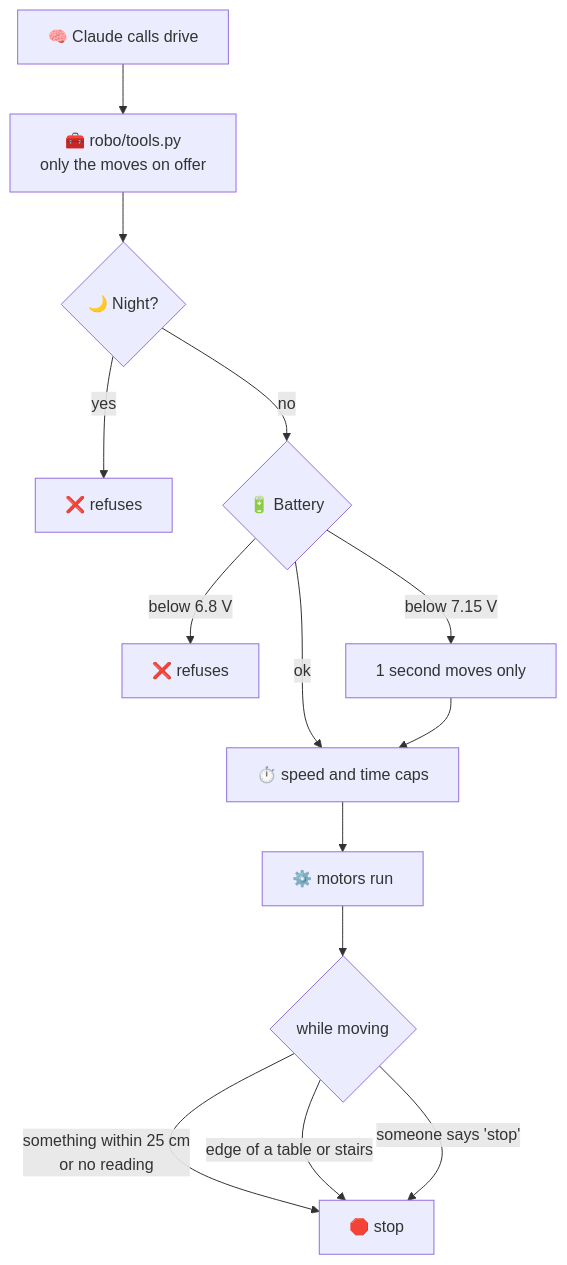
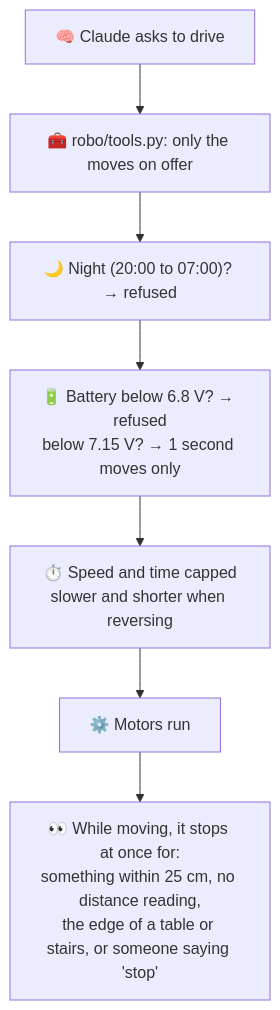
One commit to praneeth-goparaju/r2d2-claude-robot changed the third of 3 diagrams in README.md. Above: the diagram before and after it, drawn with Mermaid. The commit also changed other lines of this file and 1 other file, not shown here.

Commit message:
README: readable diagrams; tests on GitHub install numpy

````diff
--- a/README.md
+++ b/README.md
@@ -228,16 +193,9 @@
 ```mermaid
 flowchart TD
-    ask["🧠 Claude calls drive"] --> t["🧰 robo/tools.py<br>only the moves on offer"]
-    t --> n{"🌙 Night?"}
-    n -- yes --> no1["❌ refuses"]
-    n -- no --> b{"🔋 Battery"}
-    b -- "below 6.8 V" --> no2["❌ refuses"]
-    b -- "below 7.15 V" --> short["1 second moves only"]
-    b -- ok --> caps["⏱️ speed and time caps"]
-    short --> caps
-    caps --> go["⚙️ motors run"]
-    go --> watch{"while moving"}
-    watch -- "something within 25 cm<br>or no reading" --> stop["🛑 stop"]
-    watch -- "edge of a table or stairs" --> stop
-    watch -- "someone says 'stop'" --> stop
+    ask["🧠 Claude asks to drive"] --> t["🧰 robo/tools.py: only the moves on offer"]
+    t --> n["🌙 Night (20:00 to 07:00)? → refused"]
+    n --> b["🔋 Battery below 6.8 V? → refused<br>below 7.15 V? → 1 second moves only"]
+    b --> caps["⏱️ Speed and time capped<br>slower and shorter when reversing"]
+    caps --> go["⚙️ Motors run"]
+    go --> watch["👀 While moving, it stops at once for:<br>something within 25 cm, no distance reading,<br>the edge of a table or stairs, or someone saying 'stop'"]
 ```
````
